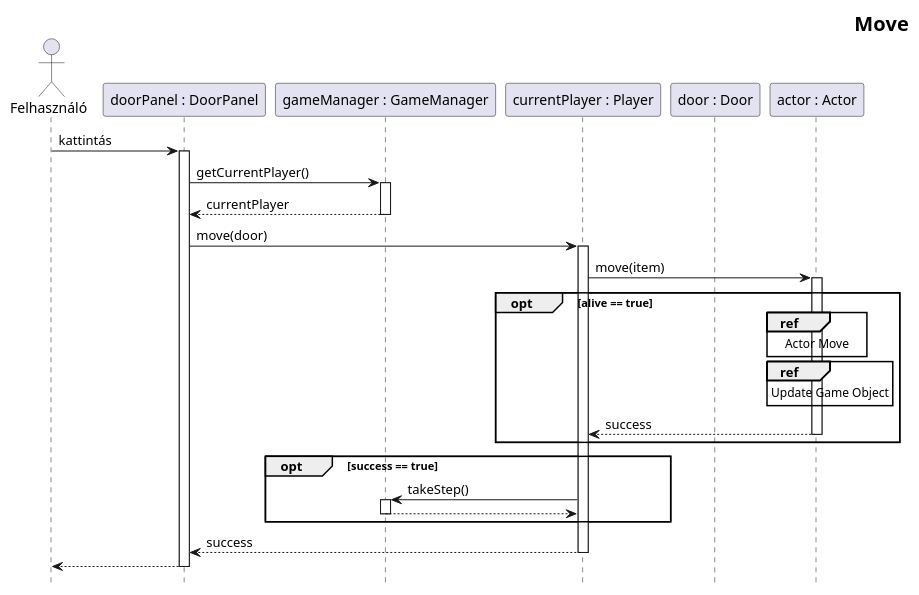
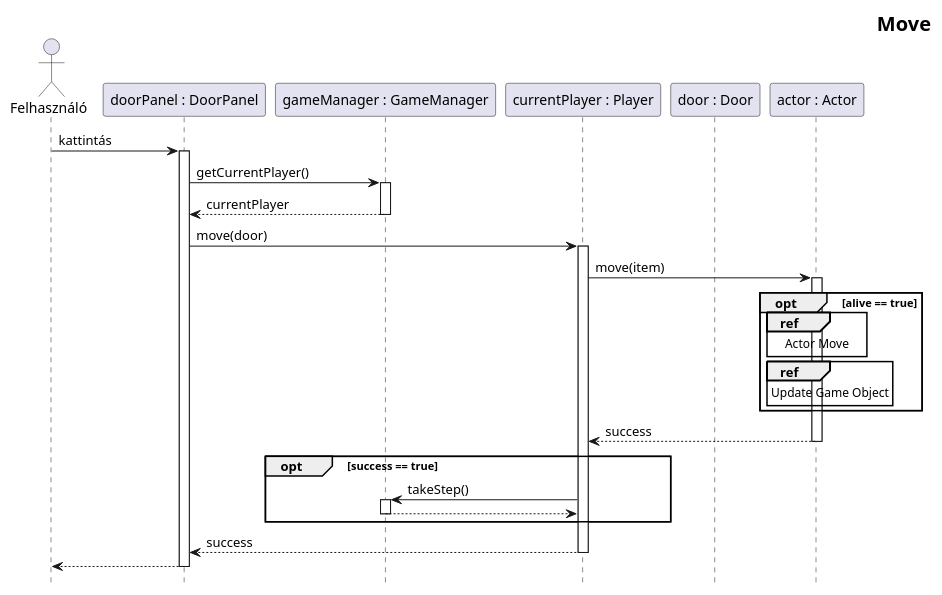
One commit to Kristof-me/Logarlec changed the diagram in docs/sequence/events/Move.puml. Above: the diagram before and after it, drawn with PlantUML. The commit also changed 23 other files, not shown here.

```diff
--- a/docs/sequence/events/Move.puml
+++ b/docs/sequence/events/Move.puml
@@ -1,44 +1,45 @@
 @startuml Move
 skinparam headerFontSize 20
 skinparam HeaderFontColor #000000
 skinparam HeaderFontStyle bold
 header Move
 hide footbox
 
 actor p as "Felhasználó"
 participant btn as "doorPanel : DoorPanel"
 p -> btn++ : kattintás
 
 participant gm as "gameManager : GameManager"
 btn -> gm++ : getCurrentPlayer()
 return currentPlayer
 
 participant player as "currentPlayer : Player"
 participant door as "door : Door"
 btn -> player++ : move(door)
 
 participant a as "actor : Actor"
 player -> a++ : move(item)
 
 opt alive == true
     ' todo ez egy korábbi dokumentációból van
     ref over a
     Actor Move
     end ref
 
     ref over a
     Update Game Object
     end ref
-    return success
 end
+
+return success
 
 opt success == true
     player -> gm ++ : takeStep()
     return
 end
 
 return success
 
 return 
 
 @enduml
```
